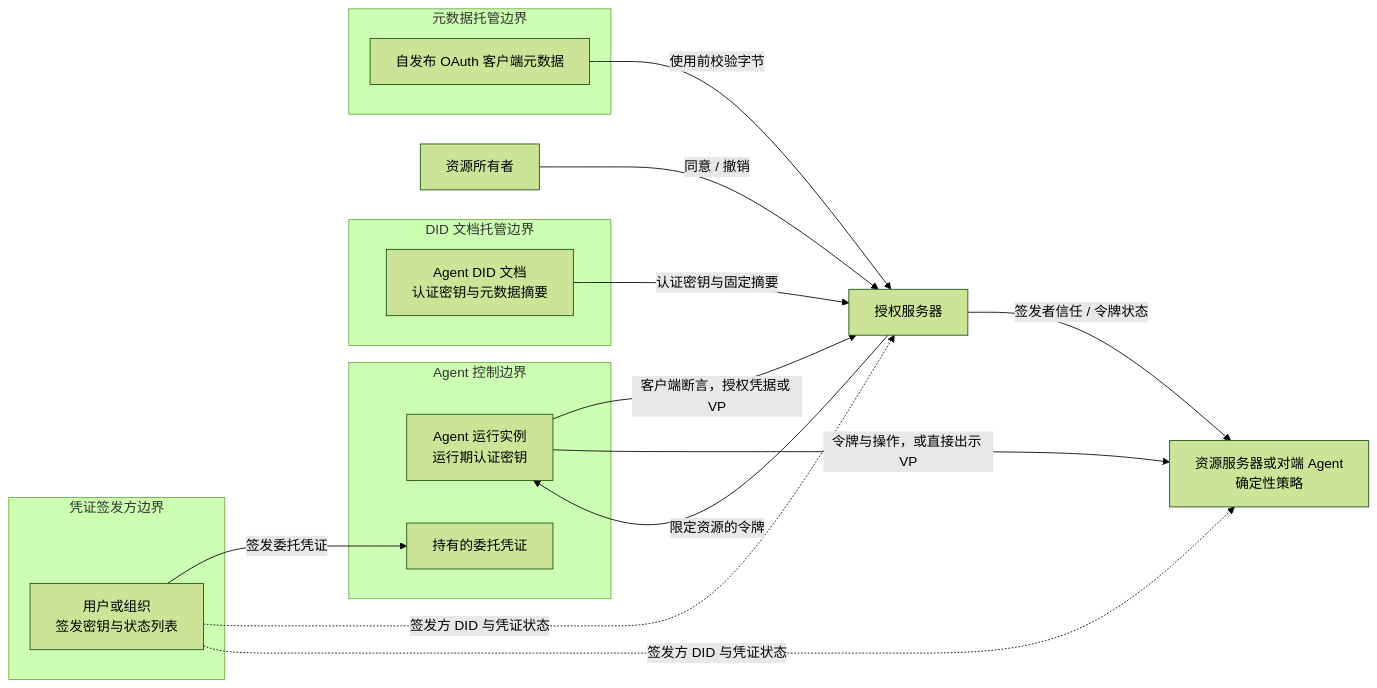
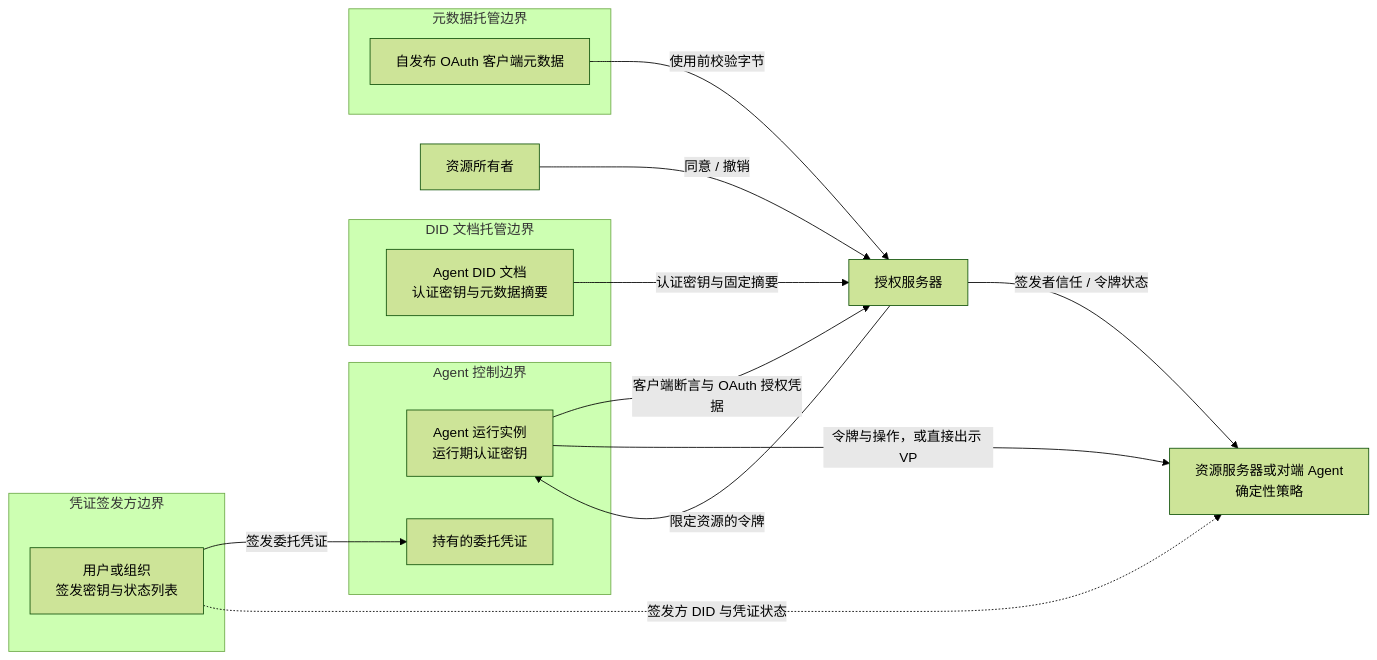
Before and after one commit to agent-network-protocol/AgentNetworkProtocol: the second of 4 diagrams in vnext/chinese/05-ANP-基于DID的授权协议.md, drawn with Mermaid (forest theme). The commit also changed other lines of this file and 8 other files, not shown here.

````diff
--- a/vnext/chinese/05-ANP-基于DID的授权协议.md
+++ b/vnext/chinese/05-ANP-基于DID的授权协议.md
@@ -141,25 +141,25 @@
 ```mermaid
 flowchart LR
   subgraph AG["Agent 控制边界"]
     A["Agent 运行实例<br/>运行期认证密钥"]
     W["持有的委托凭证"]
   end
   subgraph DH["DID 文档托管边界"]
     D["Agent DID 文档<br/>认证密钥与元数据摘要"]
   end
   subgraph MH["元数据托管边界"]
     M["自发布 OAuth 客户端元数据"]
   end
   subgraph IS["凭证签发方边界"]
     I["用户或组织<br/>签发密钥与状态列表"]
   end
   U["资源所有者"] -->|"同意 / 撤销"| S["授权服务器"]
   I -->|"签发委托凭证"| W
   D -->|"认证密钥与固定摘要"| S
   M -->|"使用前校验字节"| S
-  A -->|"客户端断言，授权凭据或 VP"| S
-  I -.->|"签发方 DID 与凭证状态"| S & R
+  A -->|"客户端断言与 OAuth 授权凭据"| S
+  I -.->|"签发方 DID 与凭证状态"| R
   S -->|"限定资源的令牌"| A
   A -->|"令牌与操作，或直接出示 VP"| R["资源服务器或对端 Agent<br/>确定性策略"]
   S -->|"签发者信任 / 令牌状态"| R
 ```
````
